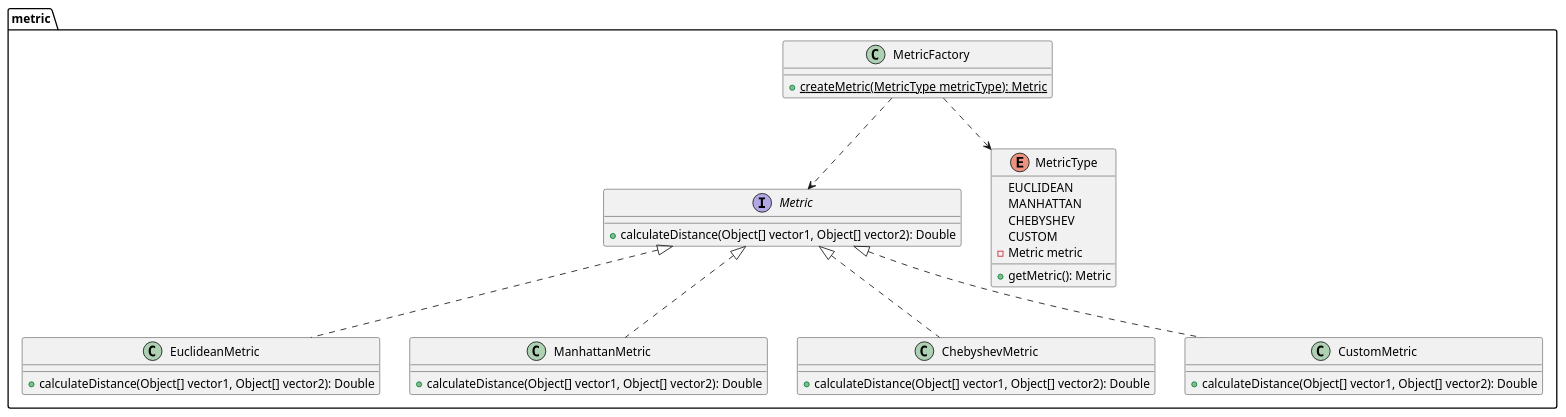
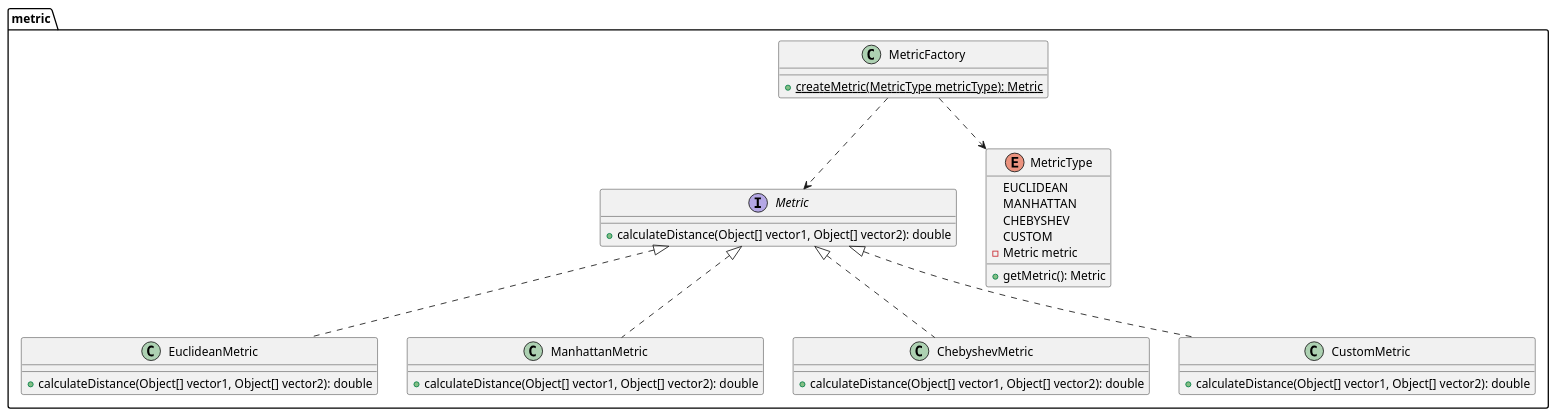
Before and after one commit to kambed/Computer-Recognition-Systems: the fifth of 10 diagrams in README.md, drawn with PlantUML. The commit also changed other lines of this file, not shown here.

Commit message:
Replace Double with double

````diff
--- a/README.md
+++ b/README.md
@@ -249,33 +249,33 @@
 ```plantuml
 package metric {
     interface Metric {
-        + calculateDistance(Object[] vector1, Object[] vector2): Double
+        + calculateDistance(Object[] vector1, Object[] vector2): double
     }
     class EuclideanMetric implements Metric {
-        + calculateDistance(Object[] vector1, Object[] vector2): Double
+        + calculateDistance(Object[] vector1, Object[] vector2): double
     }
     class ManhattanMetric implements Metric {
-        + calculateDistance(Object[] vector1, Object[] vector2): Double
+        + calculateDistance(Object[] vector1, Object[] vector2): double
     }
     class ChebyshevMetric implements Metric {
-        + calculateDistance(Object[] vector1, Object[] vector2): Double
+        + calculateDistance(Object[] vector1, Object[] vector2): double
     }
     class CustomMetric implements Metric {
-        + calculateDistance(Object[] vector1, Object[] vector2): Double
+        + calculateDistance(Object[] vector1, Object[] vector2): double
     }
     
     class MetricFactory {
         + {static} createMetric(MetricType metricType): Metric
     }
     MetricFactory ..> Metric
     MetricFactory ..> MetricType
     enum MetricType {
         EUCLIDEAN
         MANHATTAN
         CHEBYSHEV
         CUSTOM
         - Metric metric
         + getMetric(): Metric
     }
 }
 ```
````
